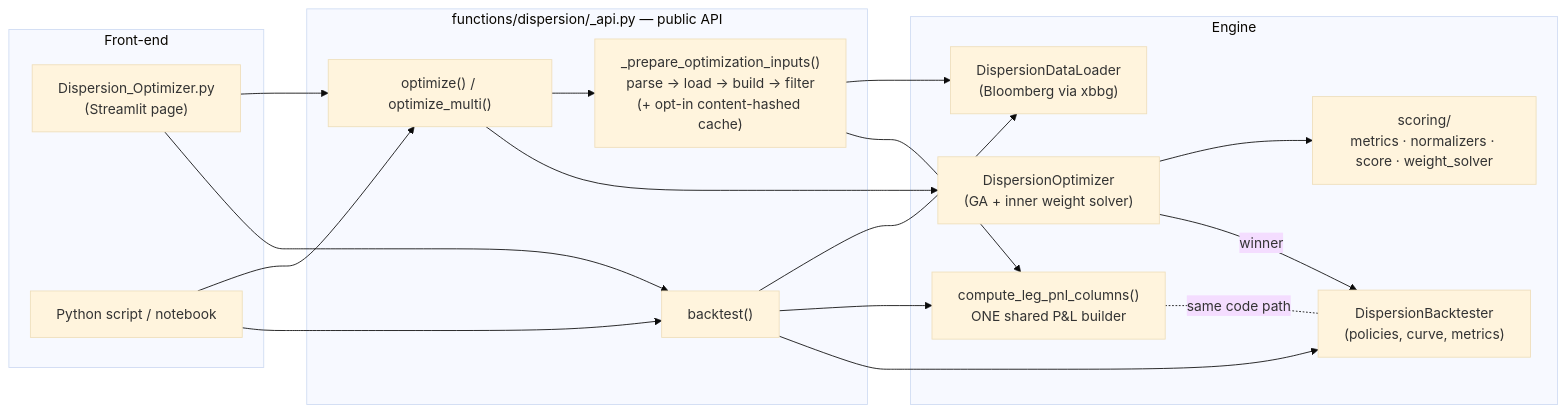
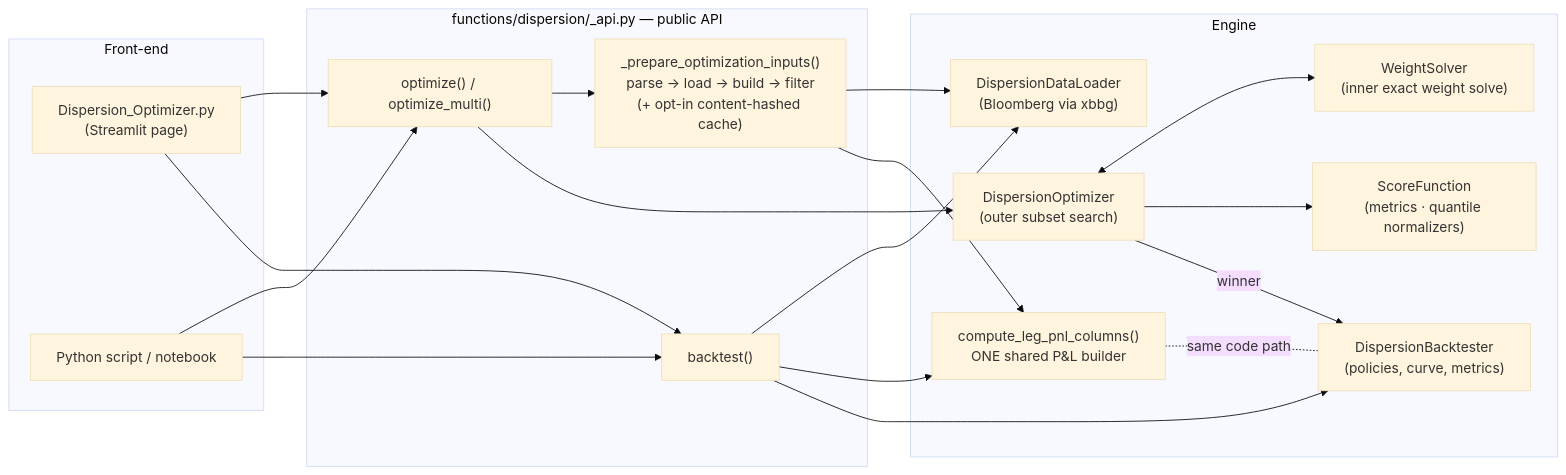
One commit to AnthonyNadjari/Disp changed the first of 5 diagrams in ARCHITECTURE.md. Above: the diagram before and after it, drawn with Mermaid (base theme). The commit also changed other lines of this file, not shown here.

First line of the commit message:
Deepen ARCHITECTURE.md: solver/score/GA prose, more diagrams, drop usage section

````diff
--- a/ARCHITECTURE.md
+++ b/ARCHITECTURE.md
@@ -12,27 +12,30 @@
 ```mermaid
 flowchart LR
     subgraph FRONT["Front-end"]
         UI["Dispersion_Optimizer.py<br/>(Streamlit page)"]
         PY["Python script / notebook"]
     end
     subgraph API["functions/dispersion/_api.py — public API"]
         OPT["optimize() / optimize_multi()"]
         BT["backtest()"]
         PREP["_prepare_optimization_inputs()<br/>parse → load → build → filter<br/>(+ opt-in content-hashed cache)"]
     end
     subgraph ENGINE["Engine"]
         LOADER["DispersionDataLoader<br/>(Bloomberg via xbbg)"]
         BUILD["compute_leg_pnl_columns()<br/>ONE shared P&L builder"]
-        GA["DispersionOptimizer<br/>(GA + inner weight solver)"]
+        GA["DispersionOptimizer<br/>(outer subset search)"]
+        WS["WeightSolver<br/>(inner exact weight solve)"]
         BTE["DispersionBacktester<br/>(policies, curve, metrics)"]
-        SCORE["scoring/<br/>metrics · normalizers · score · weight_solver"]
+        SCORE["ScoreFunction<br/>(metrics · quantile normalizers)"]
     end
     UI --> OPT & BT
     PY --> OPT & BT
     OPT --> PREP --> LOADER
     PREP --> BUILD
-    OPT --> GA --> SCORE
+    OPT --> GA
+    GA <--> WS
+    GA --> SCORE
     GA -->|winner| BTE
     BT --> LOADER & BUILD & BTE
     BUILD -. same code path .- BTE
 ```
````
